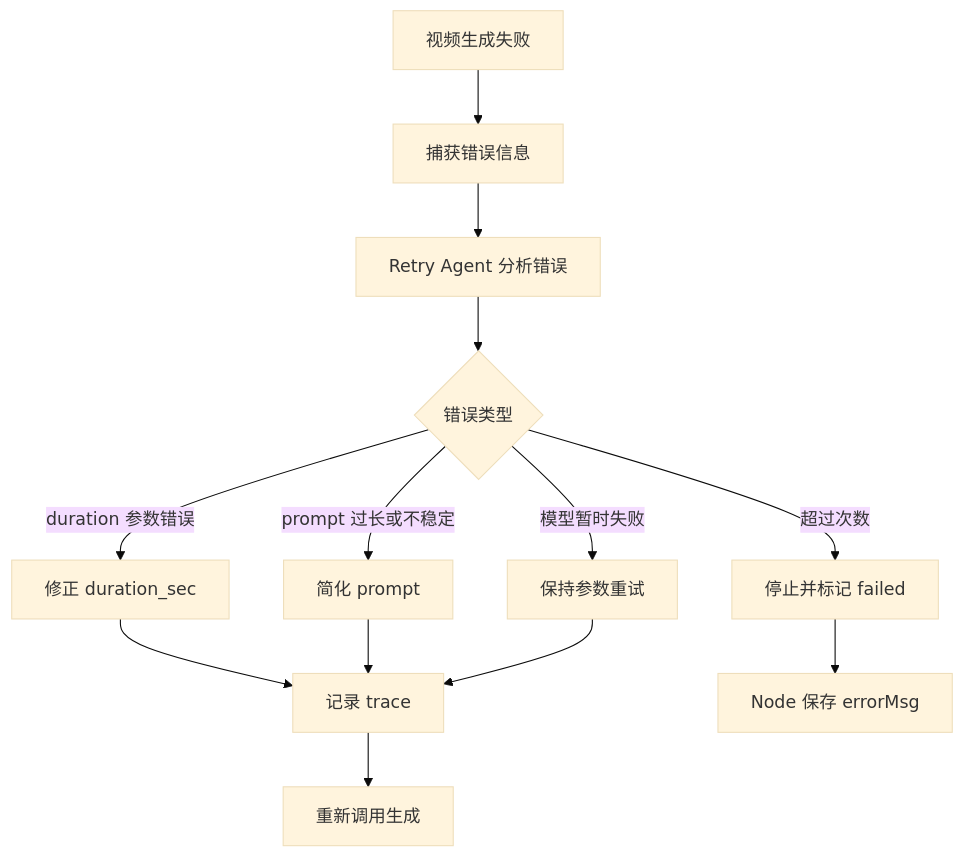
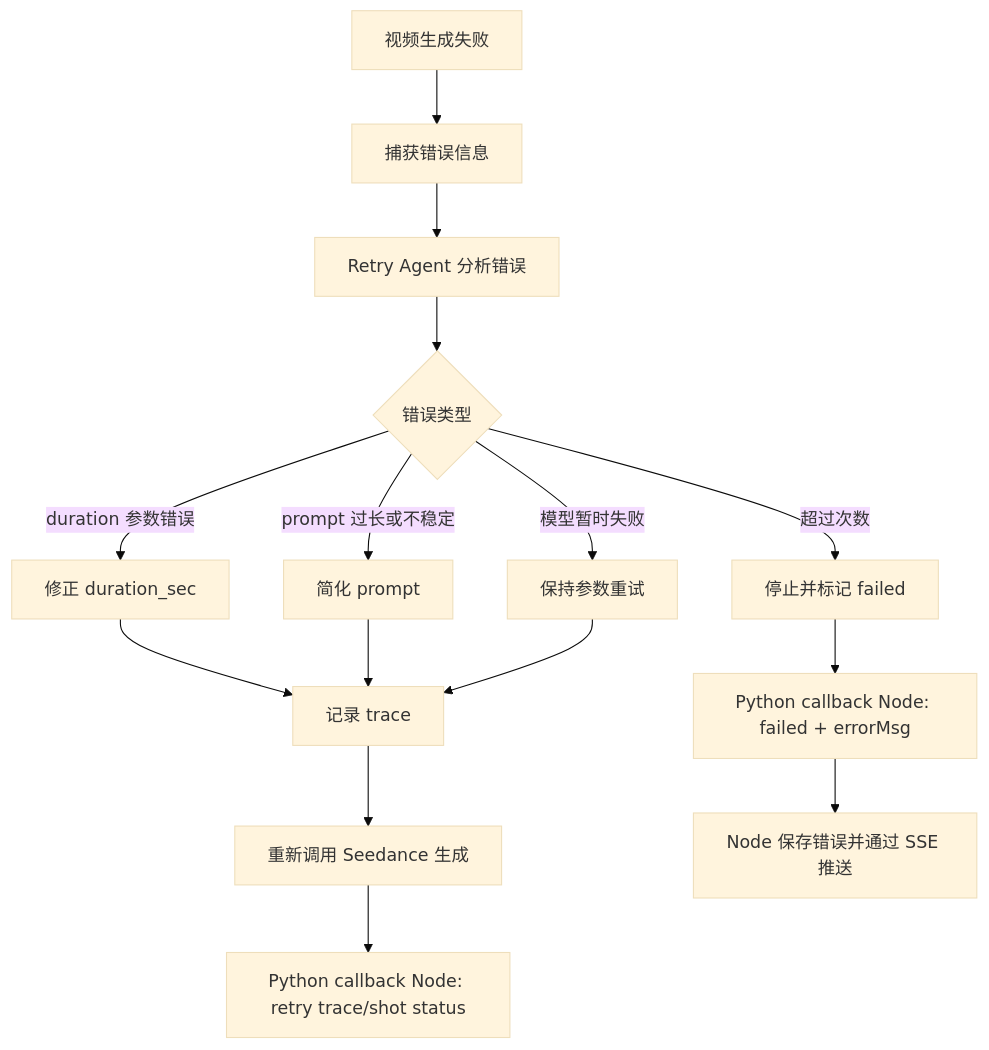
One commit to xiaoyugangg/tiktok_shop changed diagram 12 of 17 in docs/项目讲解.md. Above: the diagram before and after it, drawn with Mermaid (base theme). The commit also changed other lines of this file and 46 other files, not shown here.

````diff
--- a/docs/项目讲解.md
+++ b/docs/项目讲解.md
@@ -372,15 +588,17 @@
 ```mermaid
 flowchart TD
   A[视频生成失败] --> B[捕获错误信息]
   B --> C[Retry Agent 分析错误]
   C --> D{错误类型}
   D -->|duration 参数错误| E[修正 duration_sec]
   D -->|prompt 过长或不稳定| F[简化 prompt]
   D -->|模型暂时失败| G[保持参数重试]
   D -->|超过次数| H[停止并标记 failed]
   E --> I[记录 trace]
   F --> I
   G --> I
-  I --> J[重新调用生成]
-  H --> K[Node 保存 errorMsg]
+  I --> J[重新调用 Seedance 生成]
+  J --> L[Python callback Node: retry trace/shot status]
+  H --> K[Python callback Node: failed + errorMsg]
+  K --> M[Node 保存错误并通过 SSE 推送]
 ```
````
